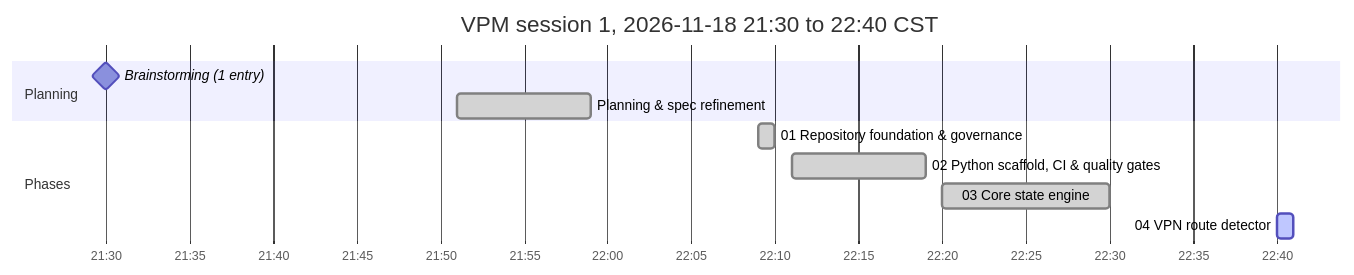
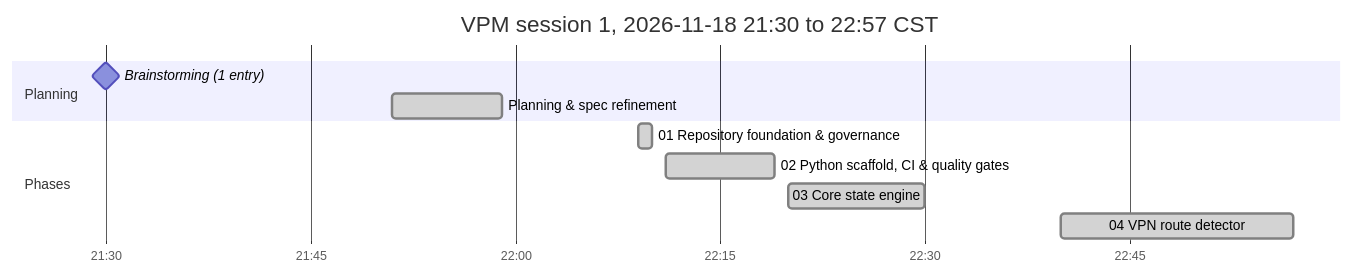
Before and after one commit to antonizick/VPNMonitor: the diagram in VPM_IMPLEMENTATION_PLAN.md, drawn with Mermaid. The commit also changed other lines of this file and 1 other file, not shown here.

Commit message:
docs(plan): refresh timeline

````diff
--- a/VPM_IMPLEMENTATION_PLAN.md
+++ b/VPM_IMPLEMENTATION_PLAN.md
@@ -52,14 +52,14 @@
 ```mermaid
 gantt
-    title VPM session 1, 2026-11-18 21:30 to 22:40 CST
+    title VPM session 1, 2026-11-18 21:30 to 22:57 CST
     dateFormat YYYY-MM-DD HH:mm
     axisFormat %H:%M
     section Planning
     Brainstorming (1 entry) :milestone, bs1, 2026-11-18 21:30, 0m
     Planning & spec refinement :done, p00, 2026-11-18 21:51, 2026-11-18 21:59
     section Phases
     01 Repository foundation & governance :done, p01s1, 2026-11-18 22:09, 2026-11-18 22:10
     02 Python scaffold, CI & quality gates :done, p02s1, 2026-11-18 22:11, 2026-11-18 22:19
     03 Core state engine :done, p03s1, 2026-11-18 22:20, 2026-11-18 22:30
-    04 VPN route detector :active, p04s1, 2026-11-18 22:40, 2026-11-18 22:41
+    04 VPN route detector :done, p04s1, 2026-11-18 22:40, 2026-11-18 22:57
 ```
````
